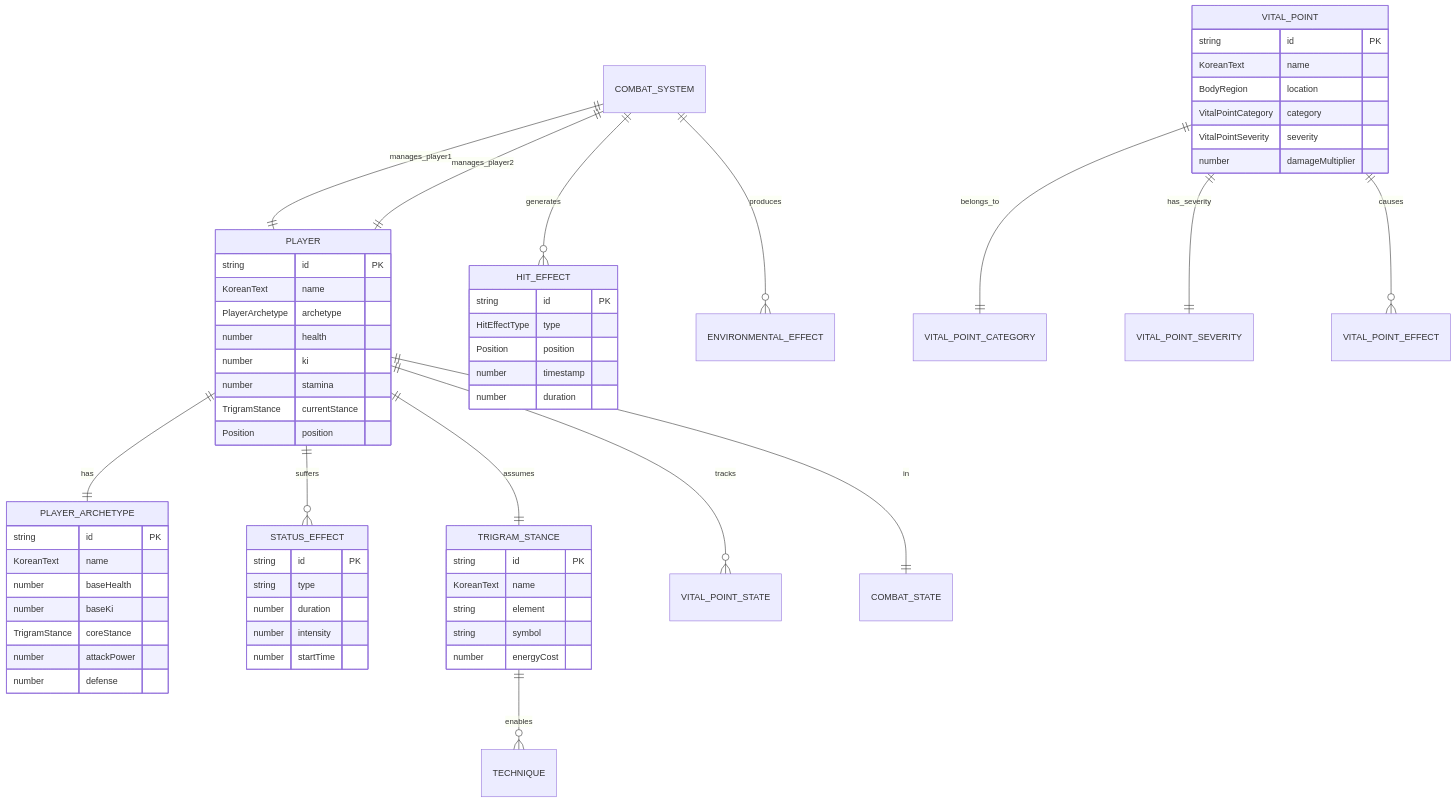
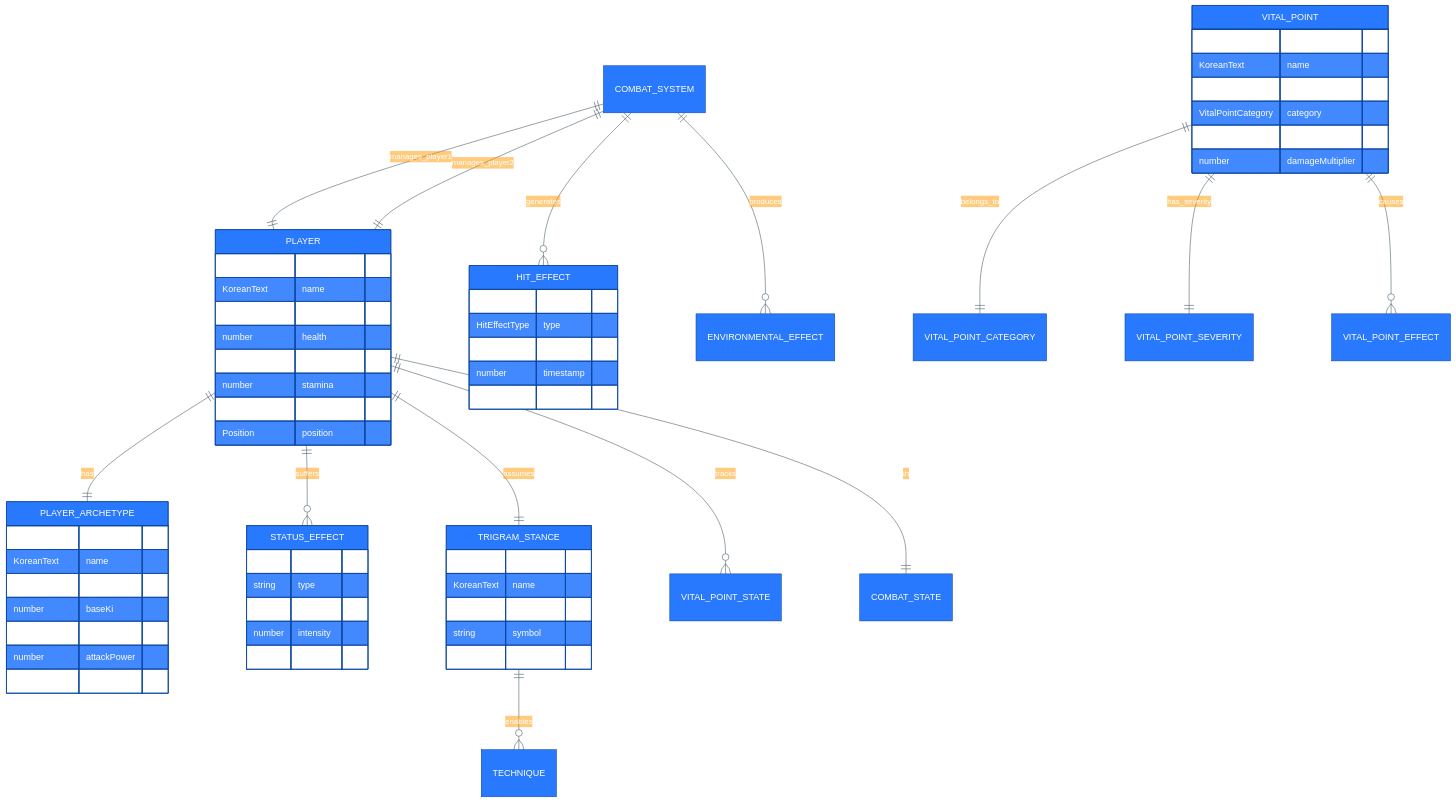
One commit to Hack23/blacktrigram changed the first of 4 diagrams in DATA_MODEL.md. Above: the diagram before and after it, drawn with Mermaid. The commit also changed other lines of this file and 20 other files, not shown here.

First line of the commit message:
fix: add theme init directives to all 215 mermaid blocks and fix dark/light mode colors

````diff
--- a/DATA_MODEL.md
+++ b/DATA_MODEL.md
@@ -40,72 +40,73 @@
 ```mermaid
+%%{init: {'theme':'base', 'themeVariables': {'primaryColor':'#2979FF','primaryTextColor':'#fff','primaryBorderColor':'#0D47A1','lineColor':'#455A64','secondaryColor':'#4CAF50','tertiaryColor':'#FF9800'}}}%%
 erDiagram
     PLAYER ||--|| PLAYER_ARCHETYPE : "has"
     PLAYER ||--o{ STATUS_EFFECT : "suffers"
     PLAYER ||--|| TRIGRAM_STANCE : "assumes"
     PLAYER ||--o{ VITAL_POINT_STATE : "tracks"
     PLAYER ||--|| COMBAT_STATE : "in"
     
     COMBAT_SYSTEM ||--|| PLAYER : "manages_player1"
     COMBAT_SYSTEM ||--|| PLAYER : "manages_player2"
     COMBAT_SYSTEM ||--o{ HIT_EFFECT : "generates"
     COMBAT_SYSTEM ||--o{ ENVIRONMENTAL_EFFECT : "produces"
     
     TRIGRAM_STANCE ||--o{ TECHNIQUE : "enables"
     VITAL_POINT ||--|| VITAL_POINT_CATEGORY : "belongs_to"
     VITAL_POINT ||--|| VITAL_POINT_SEVERITY : "has_severity"
     VITAL_POINT ||--o{ VITAL_POINT_EFFECT : "causes"
     
     PLAYER {
         string id PK
         KoreanText name
         PlayerArchetype archetype
         number health
         number ki
         number stamina
         TrigramStance currentStance
         Position position
     }
     
     PLAYER_ARCHETYPE {
         string id PK
         KoreanText name
         number baseHealth
         number baseKi
         TrigramStance coreStance
         number attackPower
         number defense
     }
     
     TRIGRAM_STANCE {
         string id PK
         KoreanText name
         string element
         string symbol
         number energyCost
     }
     
     VITAL_POINT {
         string id PK
         KoreanText name
         BodyRegion location
         VitalPointCategory category
         VitalPointSeverity severity
         number damageMultiplier
     }
     
     STATUS_EFFECT {
         string id PK
         string type
         number duration
         number intensity
         number startTime
     }
     
     HIT_EFFECT {
         string id PK
         HitEffectType type
         Position position
         number timestamp
         number duration
     }
 ```
````
